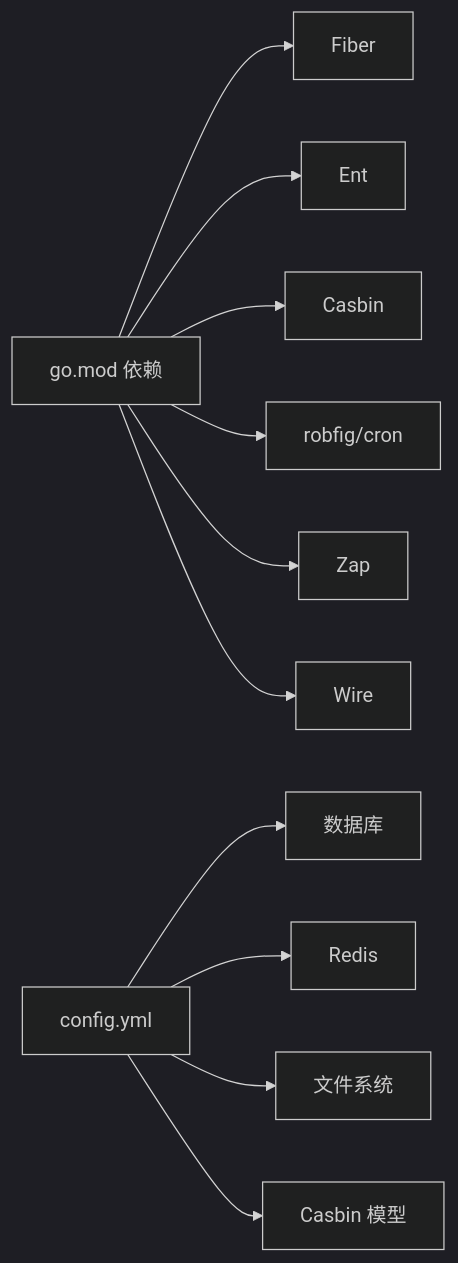
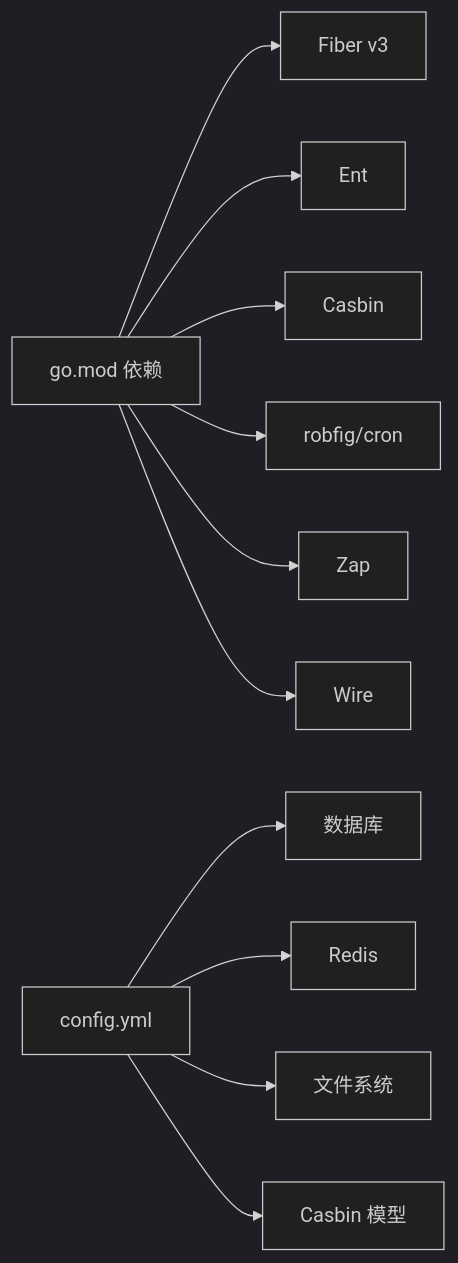
Before and after one commit to wuwuseo/e-sports-go-admin: the eighth of 8 diagrams in .qoder/repowiki/zh/content/项目概述/项目概述.md, drawn with Mermaid (dark theme). The commit also changed other lines of this file and 42 other files, not shown here.

````diff
--- a/.qoder/repowiki/zh/content/项目概述/项目概述.md
+++ b/.qoder/repowiki/zh/content/项目概述/项目概述.md
@@ -329,13 +370,13 @@
 ```mermaid
 graph LR
-GO["go.mod 依赖"] --> F["Fiber"]
+GO["go.mod 依赖"] --> F["Fiber v3"]
 GO --> E["Ent"]
 GO --> C["Casbin"]
 GO --> CR["robfig/cron"]
 GO --> Z["Zap"]
 GO --> W["Wire"]
 CFG["config.yml"] --> DB["数据库"]
 CFG --> RC["Redis"]
 CFG --> FS["文件系统"]
 CFG --> CB["Casbin 模型"]
 ```
````
